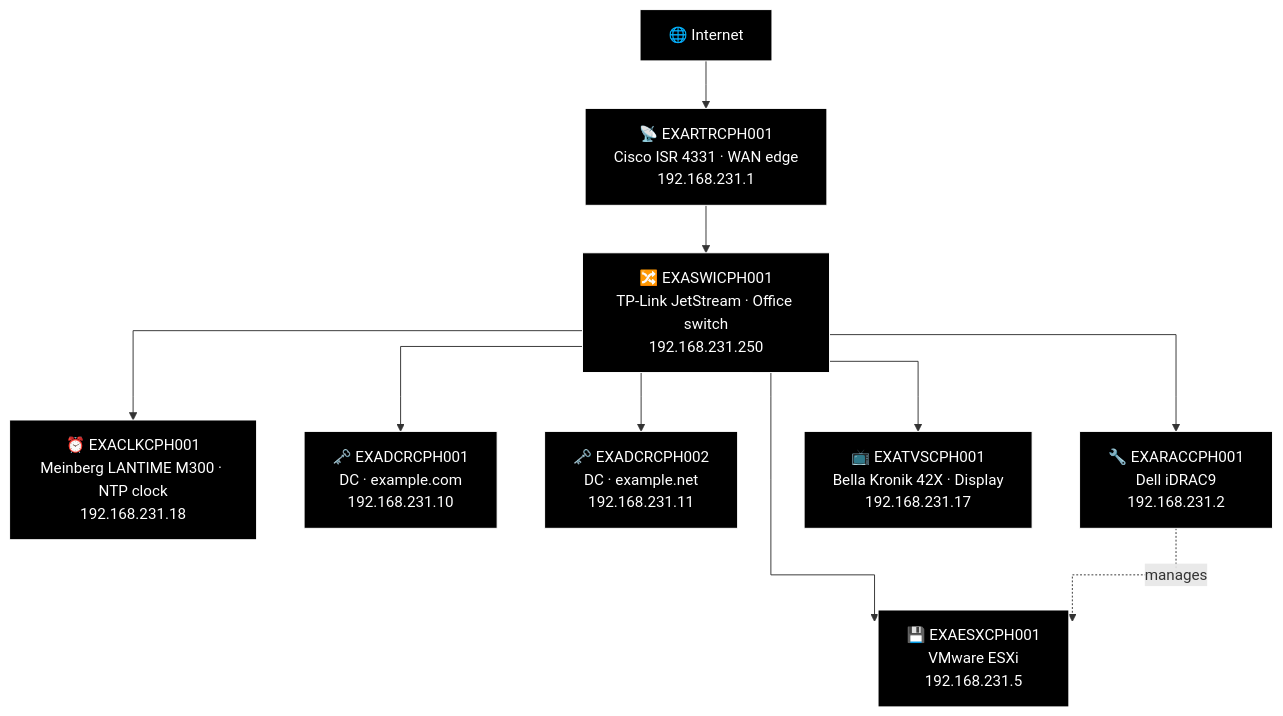
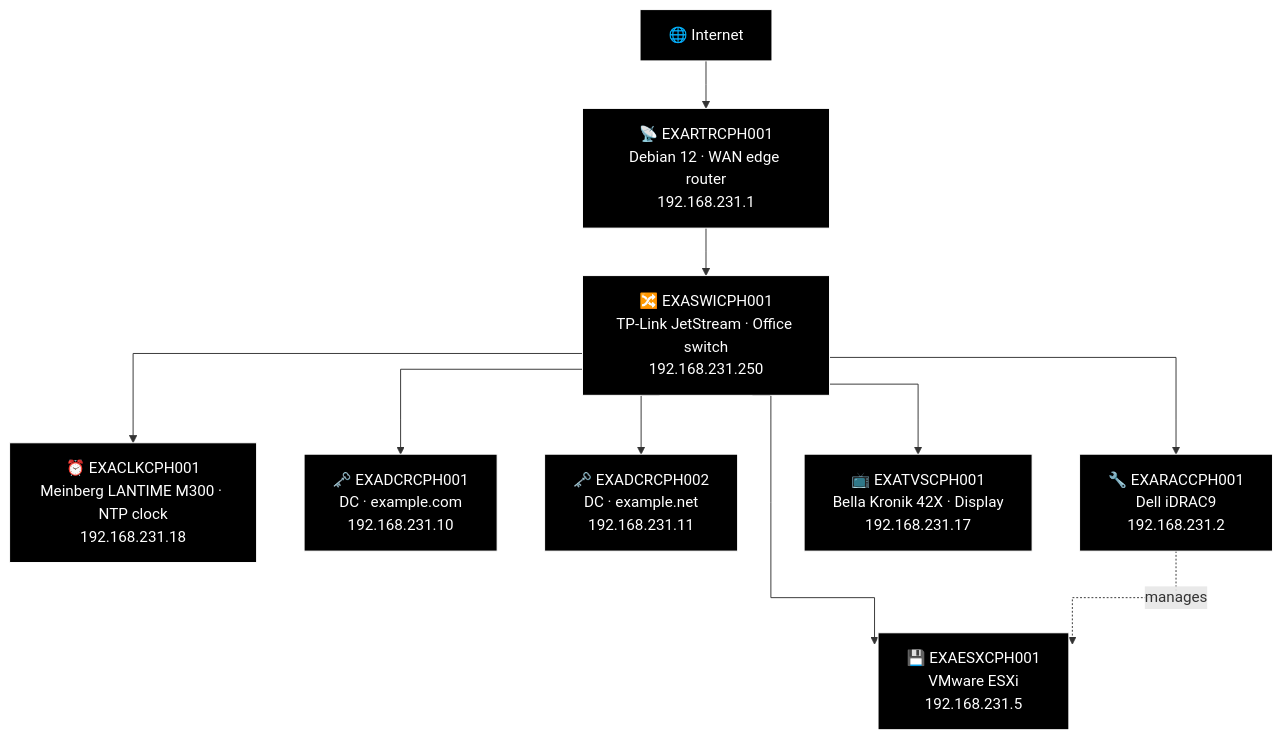
Before and after one commit to knightmare2600/example_music_infra: the first of 23 diagrams in docs/network-diagram/danmark.md, drawn with Mermaid. The commit also changed other lines of this file and 9 other files, not shown here.

````diff
--- a/docs/network-diagram/danmark.md
+++ b/docs/network-diagram/danmark.md
@@ -24,34 +24,34 @@
 ```mermaid
 %% GENERATED:OLDNETWORK:CPH:START
 %%{init: {'flowchart': {'curve': 'stepAfter'}}}%%
 graph TD
     O_INET["🌐 Internet"]
-    O_RTR["📡 EXARTRCPH001<br/>Cisco ISR 4331 · WAN edge<br/>192.168.231.1"]
+    O_RTR["📡 EXARTRCPH001<br/>Debian 12 · WAN edge router<br/>192.168.231.1"]
     O_SWI["🔀 EXASWICPH001<br/>TP-Link JetStream · Office switch<br/>192.168.231.250"]
     O_CLK["⏰ EXACLKCPH001<br/>Meinberg LANTIME M300 · NTP clock<br/>192.168.231.18"]
     O_DCR1["🗝️ EXADCRCPH001<br/>DC · example.com<br/>192.168.231.10"]
     O_DCR2["🗝️ EXADCRCPH002<br/>DC · example.net<br/>192.168.231.11"]
     O_ESX["💾 EXAESXCPH001<br/>VMware ESXi<br/>192.168.231.5"]
     O_RAC["🔧 EXARACCPH001<br/>Dell iDRAC9<br/>192.168.231.2"]
     O_TVS["📺 EXATVSCPH001<br/>Bella Kronik 42X · Display<br/>192.168.231.17"]
     O_INET --> O_RTR
     O_RTR --> O_SWI
     O_SWI --> O_CLK
     O_SWI --> O_DCR1
     O_SWI --> O_DCR2
     O_SWI --> O_ESX
     O_SWI --> O_RAC
     O_RAC -.->|"manages"| O_ESX
     O_SWI --> O_TVS
 
     style O_INET fill:#000000,stroke:#FFFFFF,color:#FFFFFF
     style O_RTR fill:#000000,stroke:#FFFFFF,color:#FFFFFF
     style O_SWI fill:#000000,stroke:#FFFFFF,color:#FFFFFF
     style O_CLK fill:#000000,stroke:#FFFFFF,color:#FFFFFF
     style O_DCR1 fill:#000000,stroke:#FFFFFF,color:#FFFFFF
     style O_DCR2 fill:#000000,stroke:#FFFFFF,color:#FFFFFF
     style O_ESX fill:#000000,stroke:#FFFFFF,color:#FFFFFF
     style O_RAC fill:#000000,stroke:#FFFFFF,color:#FFFFFF
     style O_TVS fill:#000000,stroke:#FFFFFF,color:#FFFFFF
 %% GENERATED:OLDNETWORK:CPH:END
 ```
````
